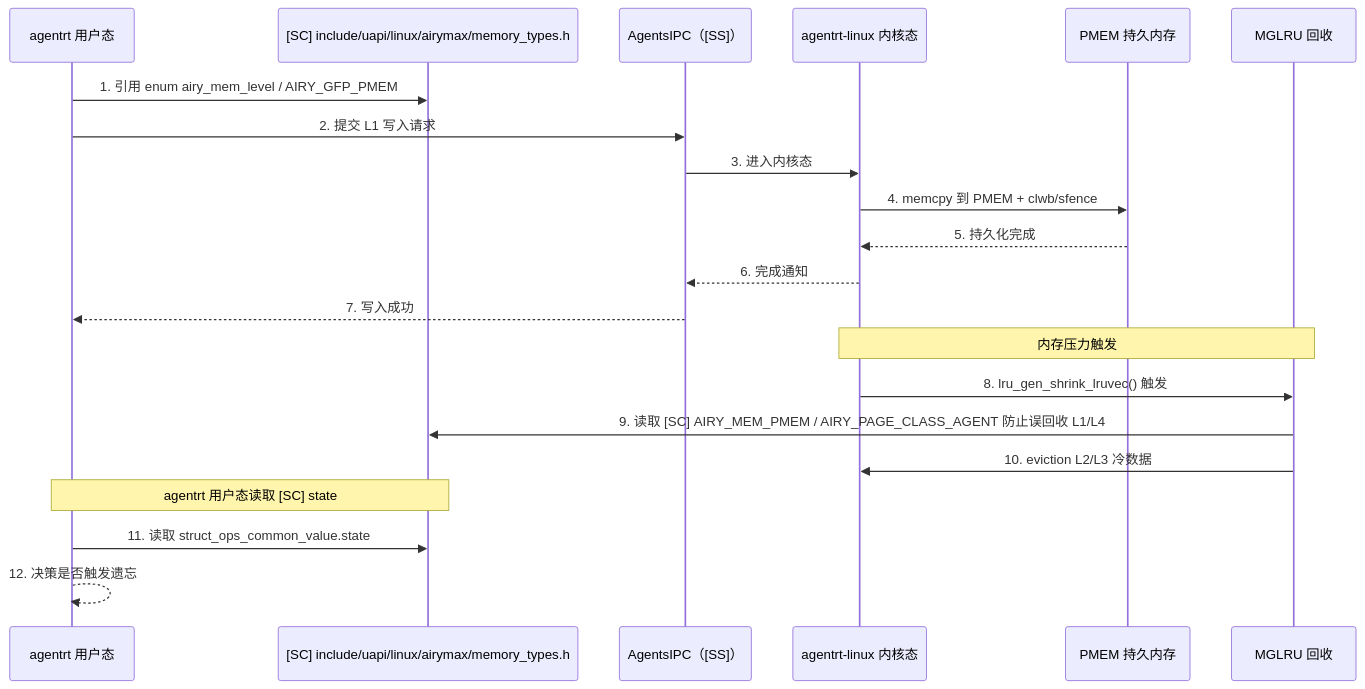
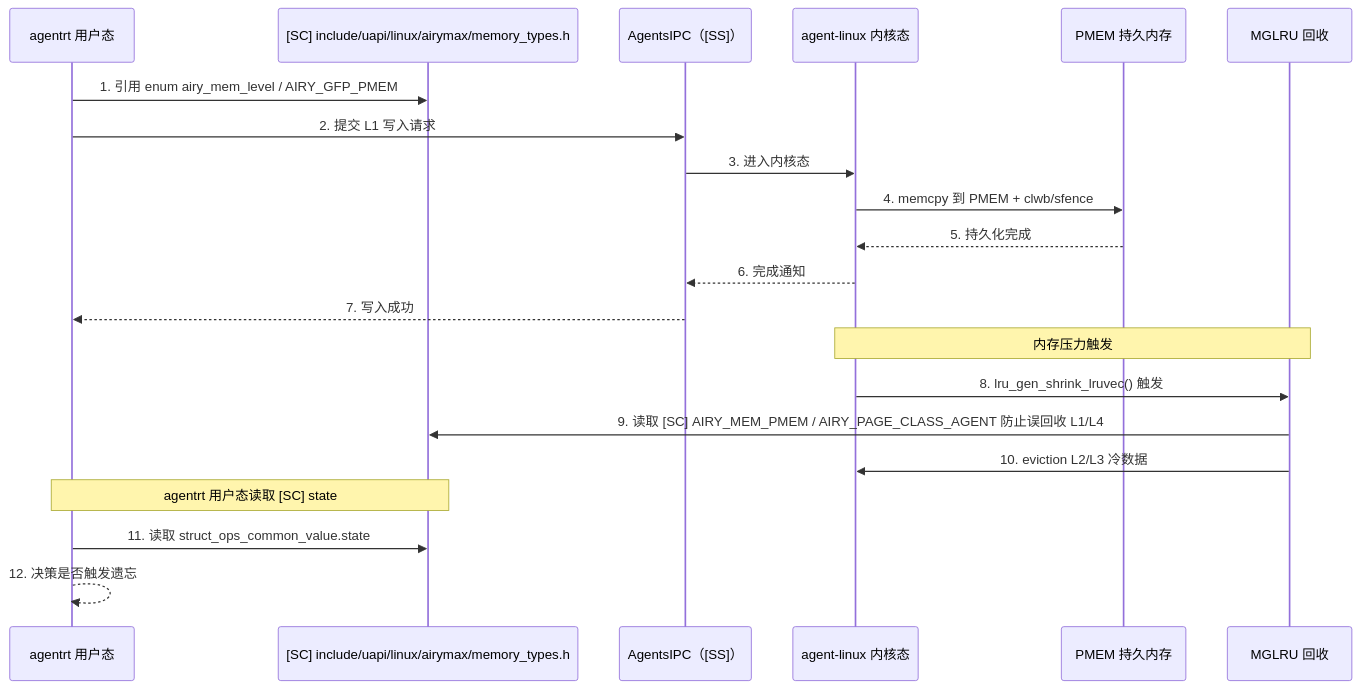
Before and after one commit to openairymax/docs-linux: the ninth of 9 diagrams in 40-dataflows/02-memory-flow.md, drawn with Mermaid. The commit also changed other lines of this file and 172 other files, not shown here.

Commit message:
docs: rename agentrt-linux to agent-linux across docs v0.1.3 双工程结构：agentrt-linux 改名 agent-linux。docs 全仓 186 个 文件中的 agentrt-linux 引用统一为 agent-linux（AirymaxOS 工程名/ URL/路径引用；commit hash 与历史不变）。

````diff
--- a/40-dataflows/02-memory-flow.md
+++ b/40-dataflows/02-memory-flow.md
@@ -726,26 +726,26 @@
 ```mermaid
 sequenceDiagram
     participant AR as agentrt 用户态
     participant SC as [SC] include/uapi/linux/airymax/memory_types.h
     participant IPC as AgentsIPC（[SS]）
-    participant KR as agentrt-linux 内核态
+    participant KR as agent-linux 内核态
     participant PMEM as PMEM 持久内存
     participant MGLRU as MGLRU 回收
     
     AR->>SC: 1. 引用 enum airy_mem_level / AIRY_GFP_PMEM
     AR->>IPC: 2. 提交 L1 写入请求
     IPC->>KR: 3. 进入内核态
     KR->>PMEM: 4. memcpy 到 PMEM + clwb/sfence
     PMEM-->>KR: 5. 持久化完成
     KR-->>IPC: 6. 完成通知
     IPC-->>AR: 7. 写入成功
     
     Note over KR,MGLRU: 内存压力触发
     KR->>MGLRU: 8. lru_gen_shrink_lruvec() 触发
     MGLRU->>SC: 9. 读取 [SC] AIRY_MEM_PMEM / AIRY_PAGE_CLASS_AGENT 防止误回收 L1/L4
     MGLRU->>KR: 10. eviction L2/L3 冷数据
     
     Note over AR,SC: agentrt 用户态读取 [SC] state
     AR->>SC: 11. 读取 struct_ops_common_value.state
     AR-->>AR: 12. 决策是否触发遗忘
 ```
````
